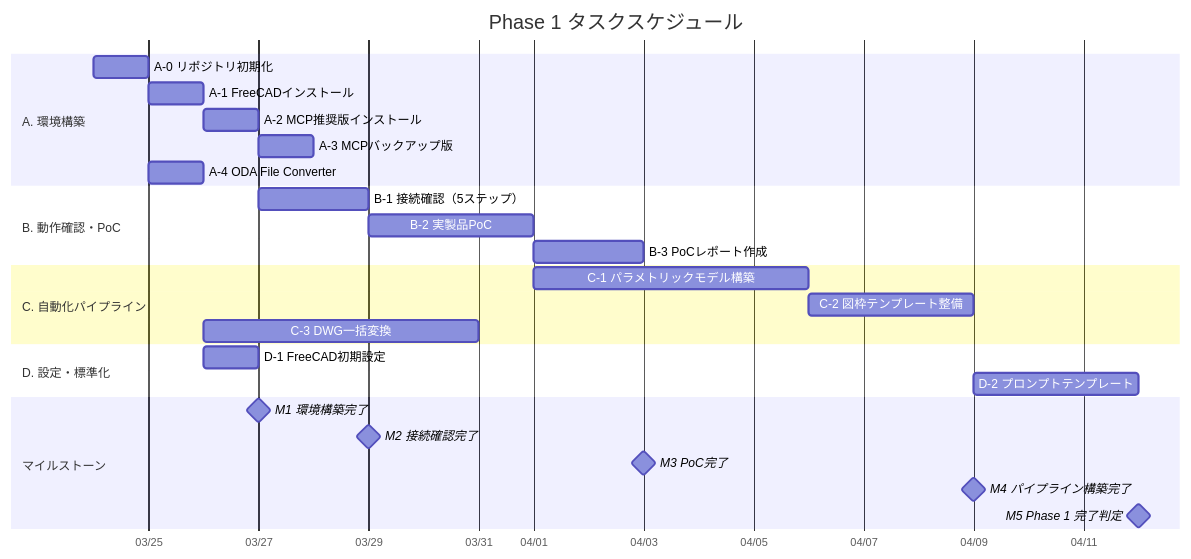
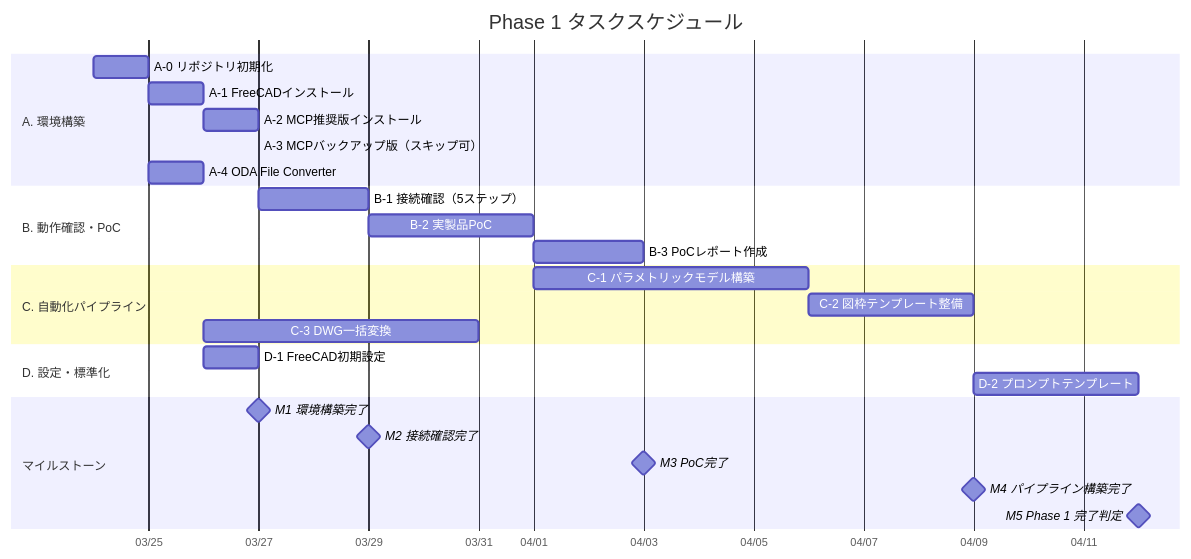
Before and after one commit to Sora-bluesky/draftml: the second of 3 diagrams in docs/05-release-plan.md, drawn with Mermaid. The commit also changed other lines of this file and 11 other files, not shown here.

````diff
--- a/docs/05-release-plan.md
+++ b/docs/05-release-plan.md
@@ -87,34 +87,34 @@
 ```mermaid
 gantt
     title Phase 1 タスクスケジュール
     dateFormat YYYY-MM-DD
     axisFormat %m/%d
 
     section A. 環境構築
     A-0 リポジトリ初期化          :a0, 2026-03-24, 1d
     A-1 FreeCADインストール       :a1, after a0, 1d
     A-2 MCP推奨版インストール     :a2, after a1, 1d
-    A-3 MCPバックアップ版         :a3, after a2, 1d
+    A-3 MCPバックアップ版（スキップ可）  :done, a3, after a2, 0d
     A-4 ODA File Converter        :a4, after a0, 1d
 
     section B. 動作確認・PoC
     B-1 接続確認（5ステップ）     :b1, after a2, 2d
     B-2 実製品PoC                 :b2, after b1, 3d
     B-3 PoCレポート作成           :b3, after b2, 2d
 
     section C. 自動化パイプライン
     C-1 パラメトリックモデル構築  :c1, after b2, 5d
     C-2 図枠テンプレート整備      :c2, after c1, 3d
     C-3 DWG一括変換               :c3, after a4, 5d
 
     section D. 設定・標準化
     D-1 FreeCAD初期設定           :d1, after a1, 1d
     D-2 プロンプトテンプレート    :d2, after c2, 3d
 
     section マイルストーン
     M1 環境構築完了               :milestone, m1, after a2, 0d
     M2 接続確認完了               :milestone, m2, after b1, 0d
     M3 PoC完了                    :milestone, m3, after b3, 0d
     M4 パイプライン構築完了       :milestone, m4, after c2, 0d
     M5 Phase 1 完了判定           :milestone, m5, after d2, 0d
 ```
````
